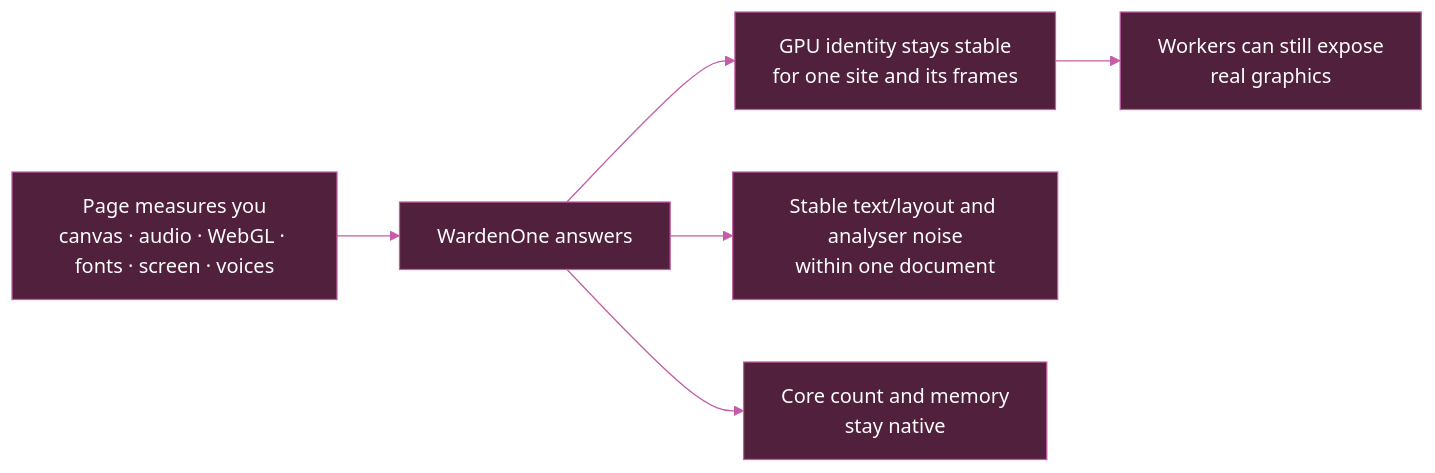
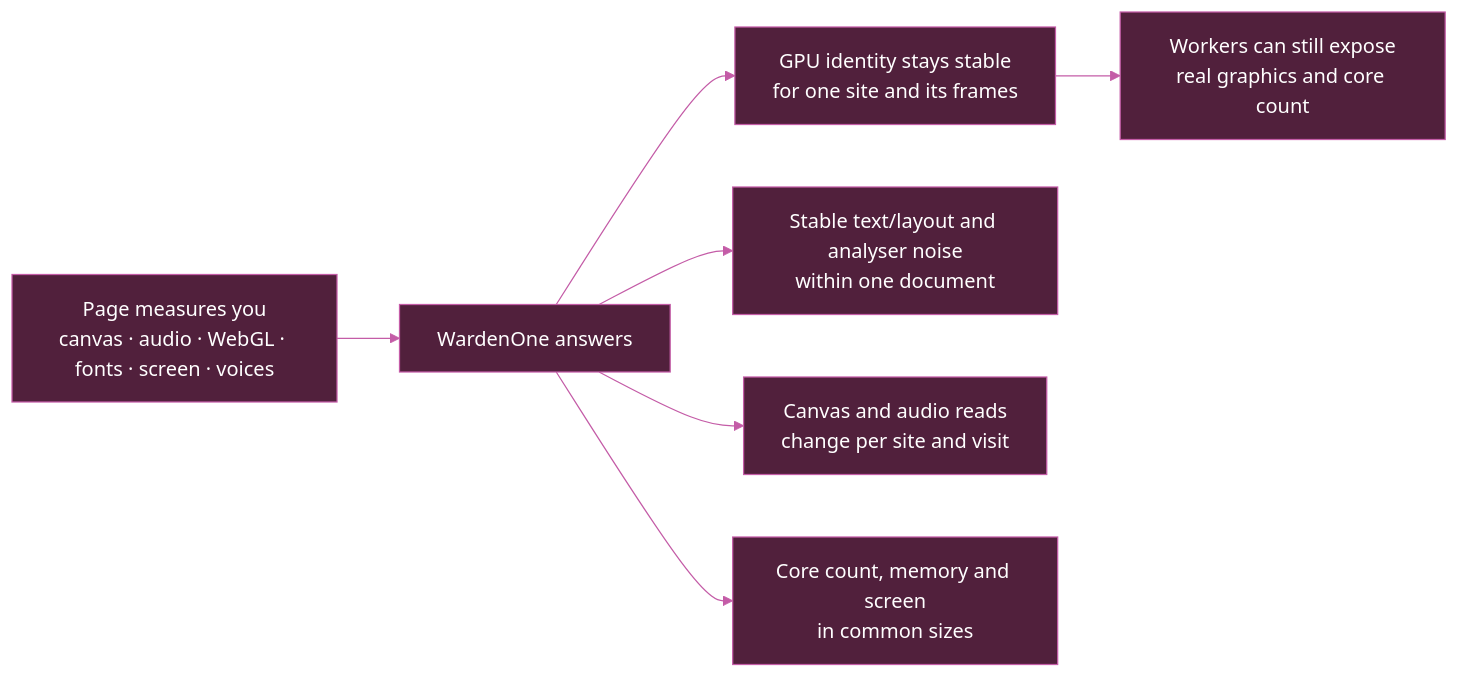
The fourth of 6 diagrams in README.md (iri-dev/WardenOne), drawn with Mermaid (forest theme) before and after one commit. The commit also changed other lines of this file and 166 other files, not shown here.

````diff
--- a/README.md
+++ b/README.md
@@ -1375,11 +1395,12 @@
 ```mermaid
 flowchart LR
     Ask["Page measures you<br/>canvas · audio · WebGL · fonts · screen · voices"] --> Shield["WardenOne answers"]
     Shield --> Stable["GPU identity stays stable<br/>for one site and its frames"]
     Shield --> Noise["Stable text/layout and analyser noise<br/>within one document"]
-    Shield --> Native["Core count and memory<br/>stay native"]
-    Stable --> Limit["Workers can still expose<br/>real graphics"]
+    Shield --> Reads["Canvas and audio reads<br/>change per site and visit"]
+    Shield --> Common["Core count, memory and screen<br/>in common sizes"]
+    Stable --> Limit["Workers can still expose<br/>real graphics and core count"]
     classDef warden fill:#51203c,stroke:#c45ca7,color:#ffffff
-    class Ask,Shield,Stable,Noise,Native,Limit warden
+    class Ask,Shield,Stable,Noise,Reads,Common,Limit warden
     linkStyle default stroke:#c45ca7
 ```
````
